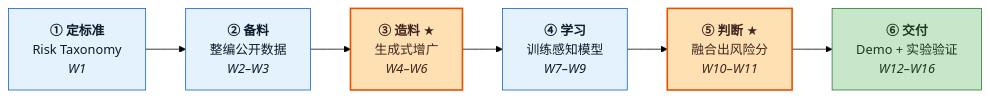
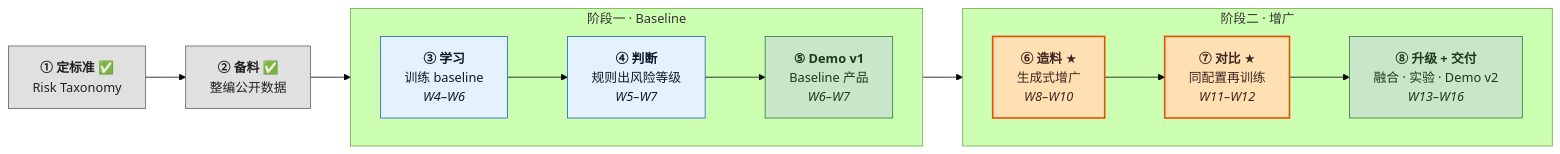
One commit to muamuauh/AY26S1-45-SPML changed the second of 4 diagrams in docs/05-技术路线图-CN.md. Above: the diagram before and after it, drawn with Mermaid (forest theme). The commit also changed other lines of this file and 17 other files, not shown here.

First line of the commit message:
docs: switch to baseline-first two-phase flow and prune stale content

````diff
--- a/docs/05-技术路线图-CN.md
+++ b/docs/05-技术路线图-CN.md
@@ -108,15 +113,29 @@
 ```mermaid
 flowchart LR
+    classDef done fill:#e0e0e0,stroke:#616161,stroke-width:1px,color:#212121
     classDef s fill:#e3f2fd,stroke:#1565c0,stroke-width:1px,color:#0d1b2a
     classDef core fill:#ffe0b2,stroke:#e65100,stroke-width:2px,color:#3e2723
     classDef out fill:#c8e6c9,stroke:#2e7d32,stroke-width:1px,color:#1b3a1e
 
-    S1["<b>① 定标准</b><br/>Risk Taxonomy<br/><i>W1</i>"]:::s
-    S2["<b>② 备料</b><br/>整编公开数据<br/><i>W2–W3</i>"]:::s
-    S3["<b>③ 造料</b> ★<br/>生成式增广<br/><i>W4–W6</i>"]:::core
-    S4["<b>④ 学习</b><br/>训练感知模型<br/><i>W7–W9</i>"]:::s
-    S5["<b>⑤ 判断</b> ★<br/>融合出风险分<br/><i>W10–W11</i>"]:::core
-    S6["<b>⑥ 交付</b><br/>Demo + 实验验证<br/><i>W12–W16</i>"]:::out
+    S1["<b>① 定标准</b> ✅<br/>Risk Taxonomy"]:::done
+    S2["<b>② 备料</b> ✅<br/>整编公开数据"]:::done
 
-    S1 --> S2 --> S3 --> S4 --> S5 --> S6
+    subgraph A["阶段一 · Baseline"]
+        direction LR
+        S3["<b>③ 学习</b><br/>训练 baseline<br/><i>W4–W6</i>"]:::s
+        S4["<b>④ 判断</b><br/>规则出风险等级<br/><i>W5–W7</i>"]:::s
+        S5["<b>⑤ Demo v1</b><br/>Baseline 产品<br/><i>W6–W7</i>"]:::out
+        S3 --> S4 --> S5
+    end
+
+    subgraph B["阶段二 · 增广"]
+        direction LR
+        S6["<b>⑥ 造料</b> ★<br/>生成式增广<br/><i>W8–W10</i>"]:::core
+        S7["<b>⑦ 对比</b> ★<br/>同配置再训练<br/><i>W11–W12</i>"]:::core
+        S8["<b>⑧ 升级 + 交付</b><br/>融合 · 实验 · Demo v2<br/><i>W13–W16</i>"]:::out
+        S6 --> S7 --> S8
+    end
+
+    S1 --> S2 --> S3
+    S5 --> S6
 ```
````
